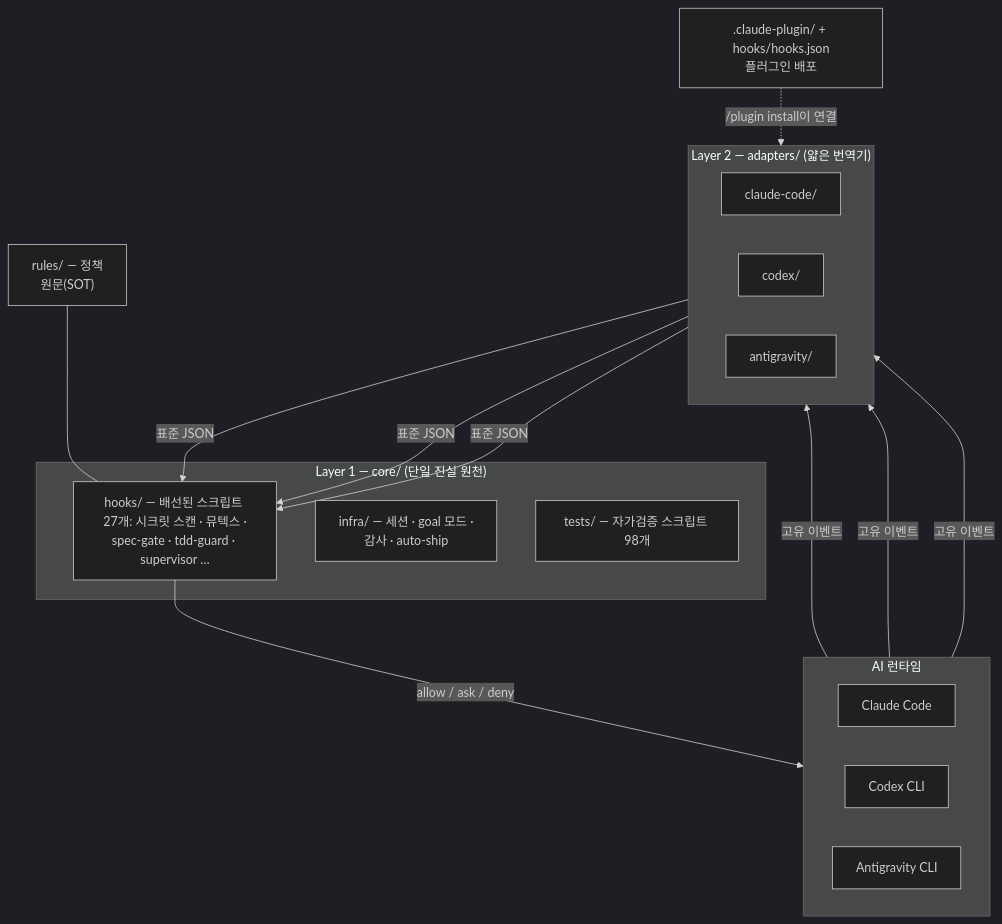
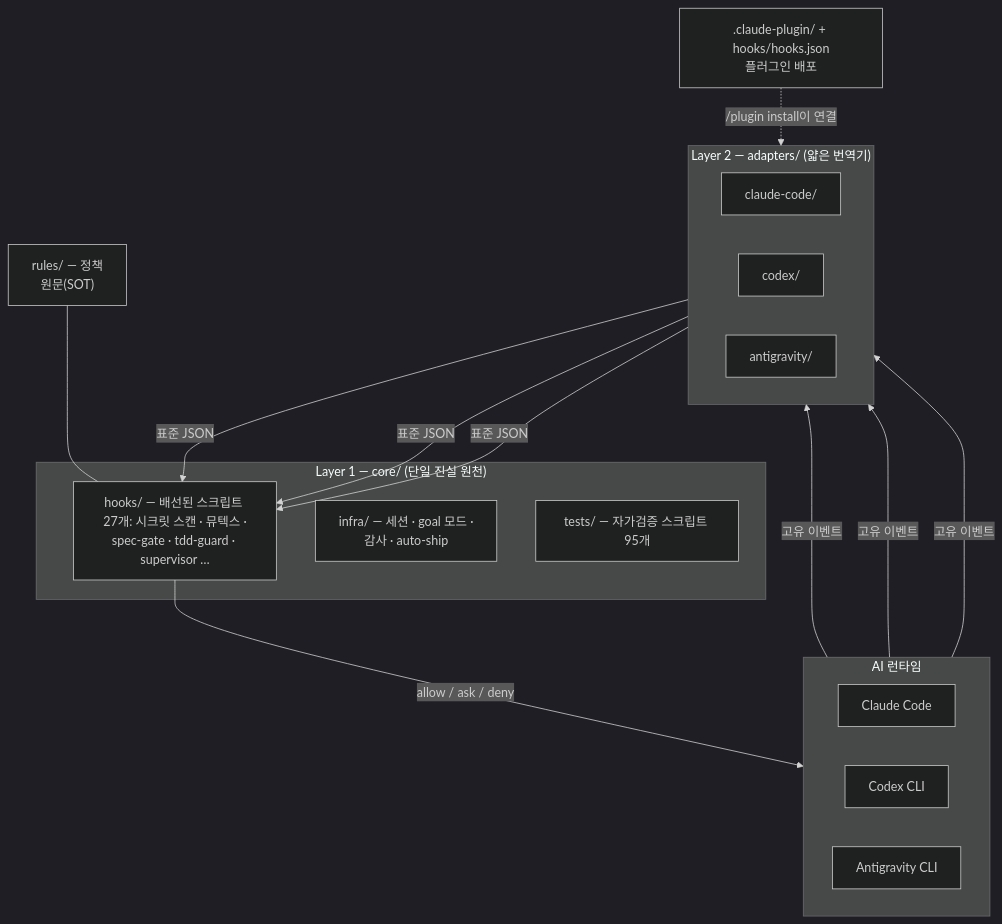
One commit to joymin5655/Agent changed the second of 5 diagrams in README.ko.md. Above: the diagram before and after it, drawn with Mermaid (dark theme). The commit also changed other lines of this file and 55 other files, not shown here.

````diff
--- a/README.ko.md
+++ b/README.ko.md
@@ -286,32 +284,32 @@
 ```mermaid
 flowchart TB
     subgraph RT["AI 런타임"]
         direction LR
         CC["Claude Code"]
         CX["Codex CLI"]
         GM["Antigravity CLI"]
     end
     subgraph AD["Layer 2 — adapters/ (얇은 번역기)"]
         direction LR
         A1["claude-code/"]
         A2["codex/"]
         A3["antigravity/"]
     end
     subgraph CORE["Layer 1 — core/ (단일 진실 원천)"]
         H["hooks/ — 배선된 스크립트 27개: 시크릿 스캔 · 뮤텍스 ·<br/>spec-gate · tdd-guard · supervisor …"]
         I["infra/ — 세션 · goal 모드 ·<br/>감사 · auto-ship"]
-        T["tests/ — 자가검증 스크립트 98개"]
+        T["tests/ — 자가검증 스크립트 95개"]
     end
     R["rules/ — 정책<br/>원문(SOT)"]
     PLUG[".claude-plugin/ + hooks/hooks.json<br/>플러그인 배포"]
 
     CC -->|고유 이벤트| A1
     CX -->|고유 이벤트| A2
     GM -->|고유 이벤트| A3
     A1 -->|표준 JSON| H
     A2 -->|표준 JSON| H
     A3 -->|표준 JSON| H
     H -->|"allow / ask / deny"| RT
     R --- H
     PLUG -. "/plugin install이 연결" .-> A1
 ```
````
